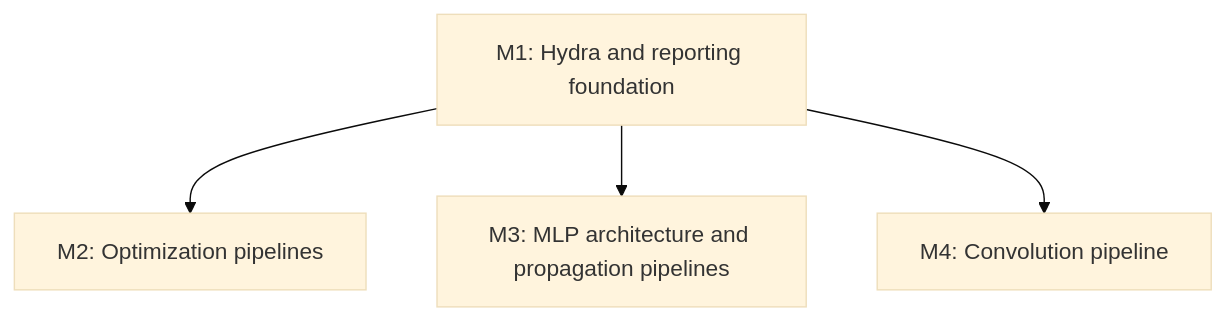
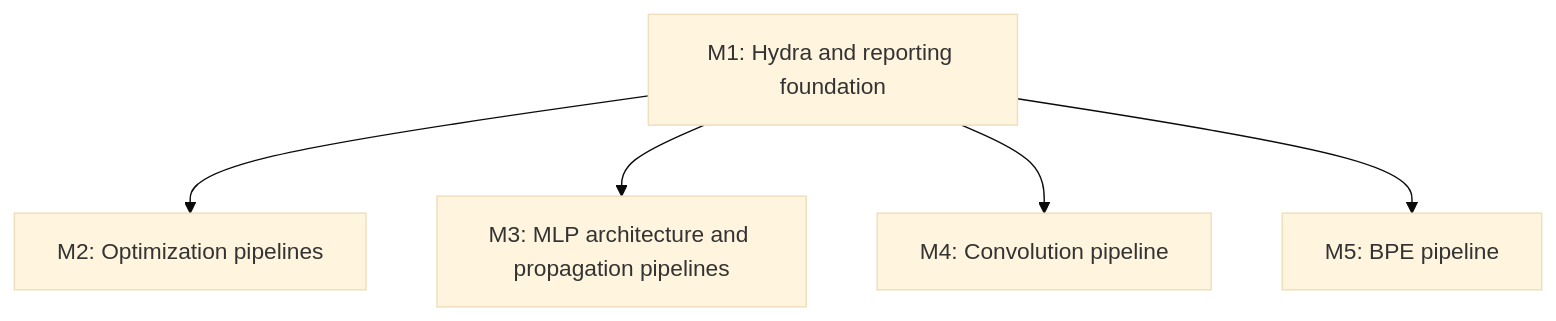
The tenth of 10 diagrams in .internal/constitution-spec.md (anton-pershin/spbu-neural-networks-teacher), drawn with Mermaid (base theme) before and after one commit. The commit also changed other lines of this file and 20 other files, not shown here.

Commit message:
Implement BPE pipeline

````diff
--- a/.internal/constitution-spec.md
+++ b/.internal/constitution-spec.md
@@ -179,6 +191,7 @@
 ```mermaid
 flowchart TD
   M1["M1: Hydra and reporting foundation"] --> M2["M2: Optimization pipelines"]
   M1 --> M3["M3: MLP architecture and propagation pipelines"]
   M1 --> M4["M4: Convolution pipeline"]
+  M1 --> M5["M5: BPE pipeline"]
 ```
````
